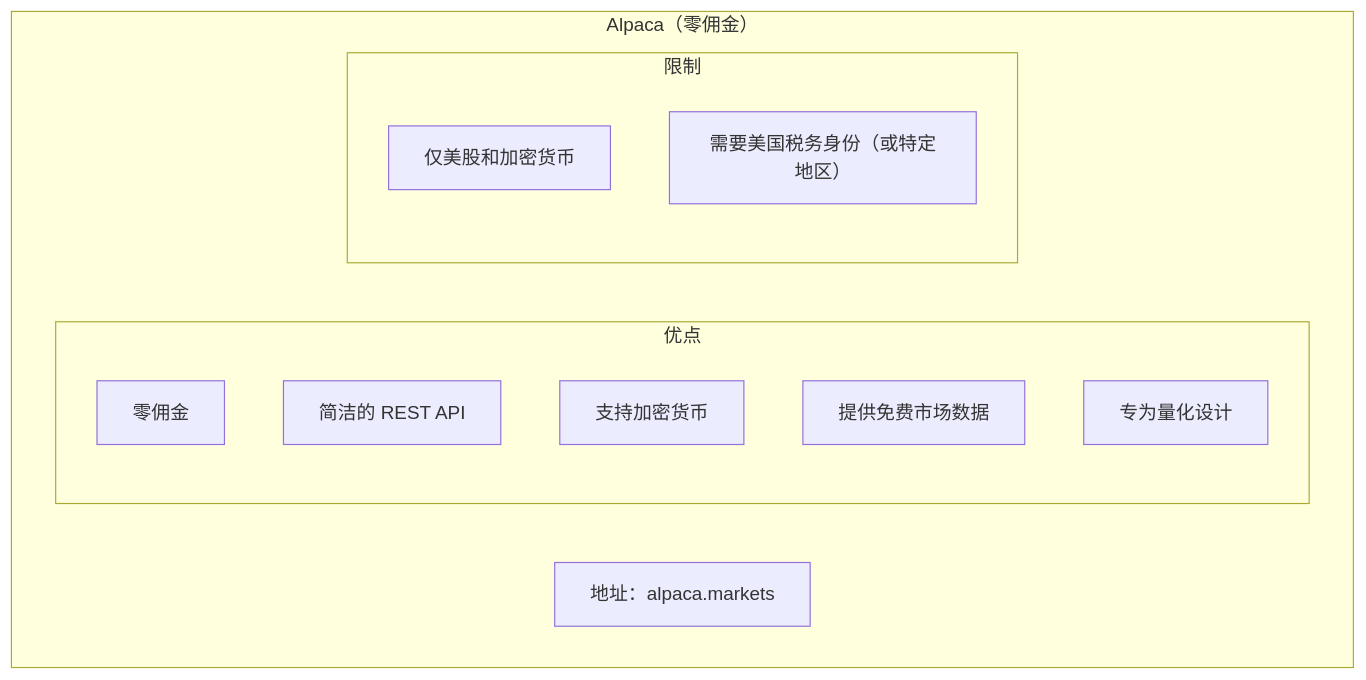
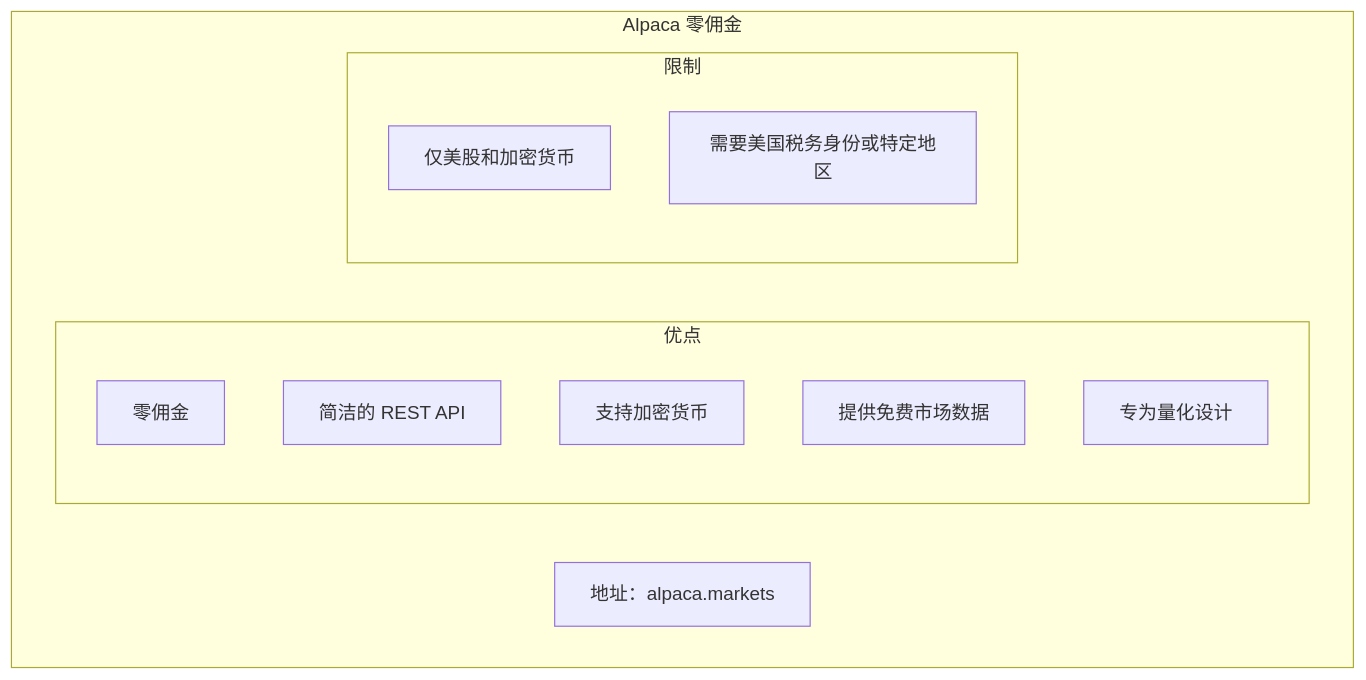
Before and after one commit to jpixy/jpixy.github.io: the third of 13 diagrams in content/articles/quant/quant-04-全球量化交易接口与数据.md, drawn with Mermaid. The commit also changed other lines of this file and 66 other files, not shown here.

Commit message:
fix: resolve Mermaid syntax errors by removing parentheses in node labels

````diff
--- a/content/articles/quant/quant-04-全球量化交易接口与数据.md
+++ b/content/articles/quant/quant-04-全球量化交易接口与数据.md
@@ -120,17 +120,17 @@
 ```mermaid
 graph TB
-    subgraph Alpaca["Alpaca（零佣金）"]
+    subgraph Alpaca["Alpaca 零佣金"]
         subgraph 优点
             Y1["零佣金"]
             Y2["简洁的 REST API"]
             Y3["支持加密货币"]
             Y4["提供免费市场数据"]
             Y5["专为量化设计"]
         end
         subgraph 限制
             X1["仅美股和加密货币"]
-            X2["需要美国税务身份（或特定地区）"]
+            X2["需要美国税务身份或特定地区"]
         end
         D["地址：alpaca.markets"]
     end
 ```
````
